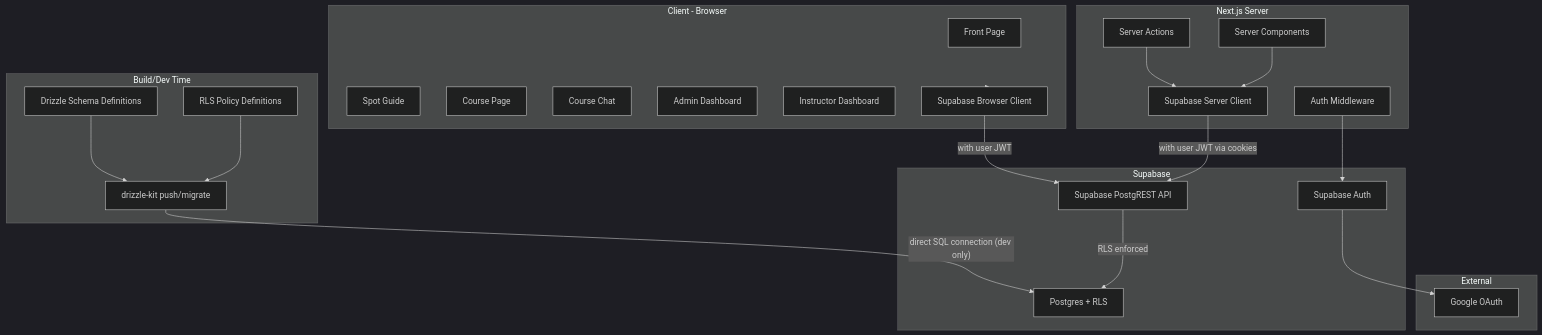
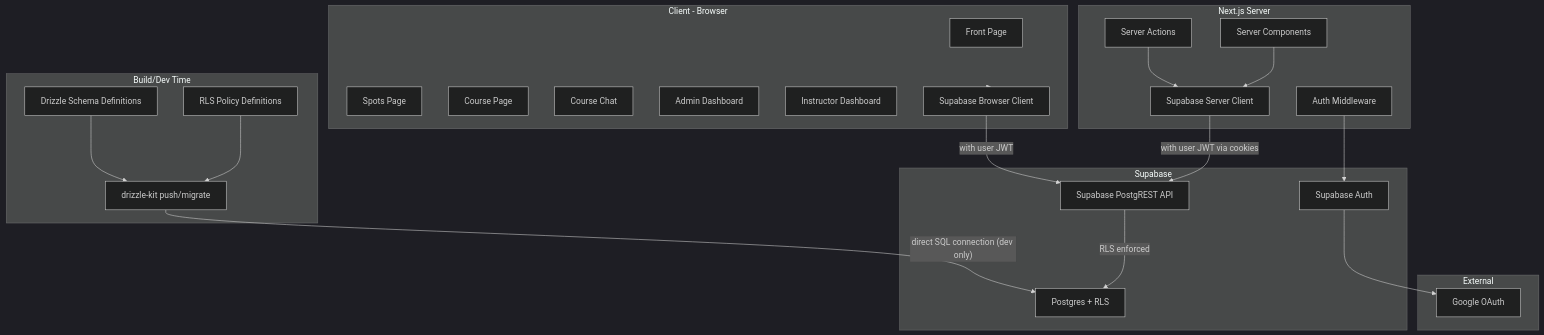
One commit to Frankwds/AalesundKiteklubb changed the first of 3 diagrams in kiteklubb_full_stack_8aaca1e7.plan.md. Above: the diagram before and after it, drawn with Mermaid (dark theme). The commit also changed other lines of this file, not shown here.

Commit message:
add spots page instead of nav menu dropdown

````diff
--- a/kiteklubb_full_stack_8aaca1e7.plan.md
+++ b/kiteklubb_full_stack_8aaca1e7.plan.md
@@ -70,50 +70,50 @@
 ```mermaid
 graph TB
   subgraph buildTime [Build/Dev Time]
     DrizzleSchema[Drizzle Schema Definitions]
     DrizzleKit[drizzle-kit push/migrate]
     RLSPolicies[RLS Policy Definitions]
   end
 
   subgraph client [Client - Browser]
     FrontPage[Front Page]
-    SpotGuide[Spot Guide]
+    SpotsPage[Spots Page]
     CoursePage[Course Page]
     CourseChat[Course Chat]
     AdminDash[Admin Dashboard]
     InstructorDash[Instructor Dashboard]
     BrowserClient["Supabase Browser Client"]
   end
 
   subgraph nextjs [Next.js Server]
     Middleware[Auth Middleware]
     ServerActions[Server Actions]
     ServerComponents[Server Components]
     ServerClient["Supabase Server Client"]
   end
 
   subgraph supabase [Supabase]
     SupabaseAuth[Supabase Auth]
     SupabaseAPI[Supabase PostgREST API]
     SupabasePG["Postgres + RLS"]
   end
 
   subgraph external [External]
     Google[Google OAuth]
   end
 
   DrizzleSchema --> DrizzleKit
   RLSPolicies --> DrizzleKit
   DrizzleKit -->|"direct SQL connection (dev only)"| SupabasePG
 
   client --> BrowserClient
   BrowserClient -->|"with user JWT"| SupabaseAPI
 
   ServerActions --> ServerClient
   ServerComponents --> ServerClient
   ServerClient -->|"with user JWT via cookies"| SupabaseAPI
 
   SupabaseAPI -->|"RLS enforced"| SupabasePG
   SupabaseAuth --> Google
   Middleware --> SupabaseAuth
 ```
````
